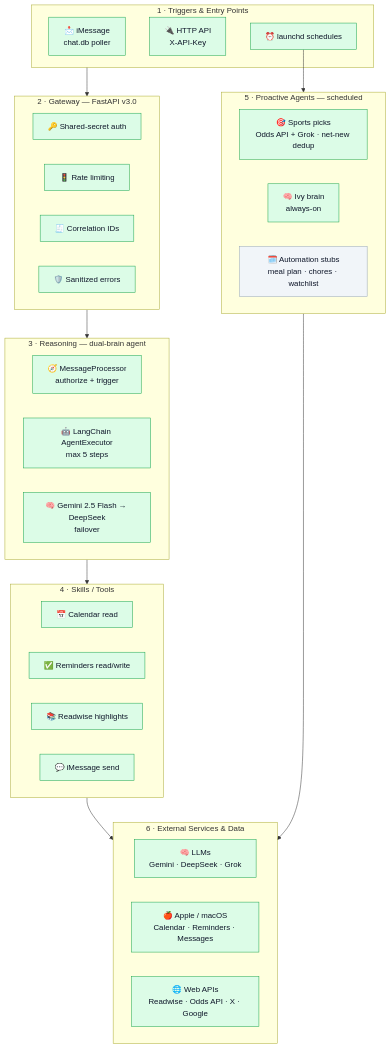
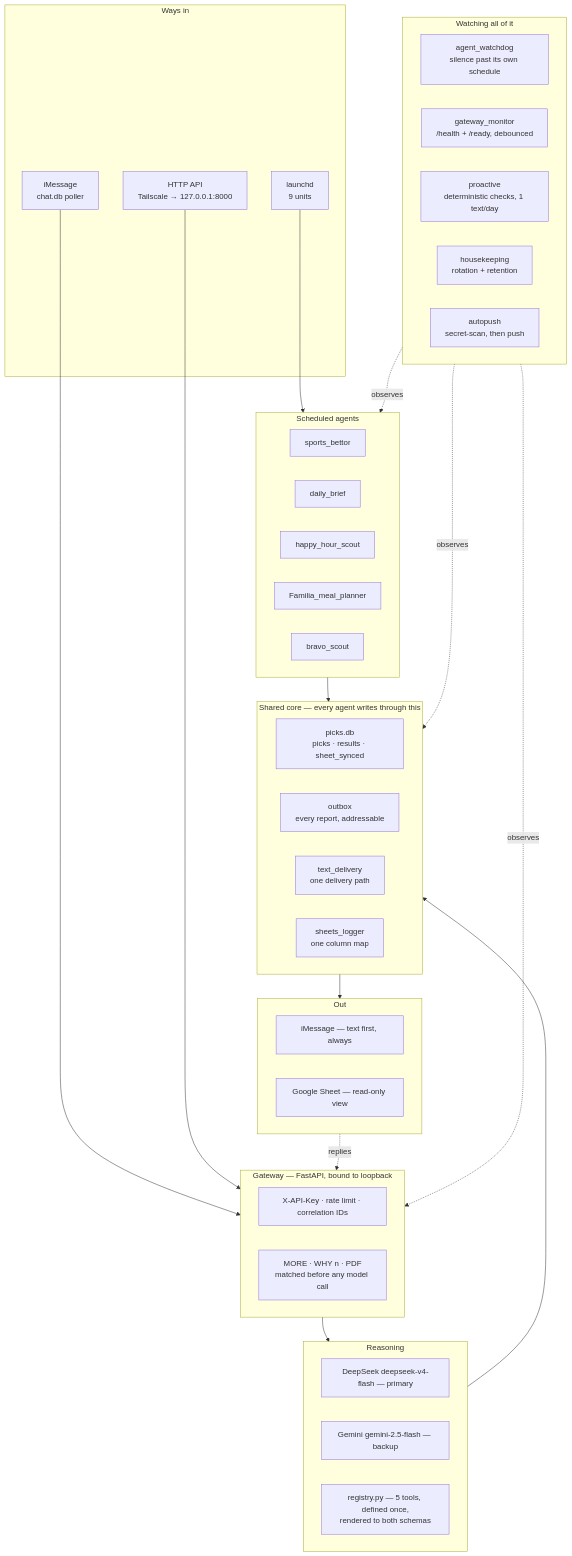
One commit to ivy-admin11/Ivys-Base changed the first of 2 diagrams in ivy_architecture.md. Above: the diagram before and after it, drawn with Mermaid. The commit also changed other lines of this file, not shown here.

````diff
--- a/ivy_architecture.md
+++ b/ivy_architecture.md
@@ -7,47 +10,59 @@
 ```mermaid
 flowchart TD
-  subgraph T["1 · Triggers &amp; Entry Points"]
-    T1["📩 iMessage<br/>chat.db poller"]:::live
-    T2["🔌 HTTP API<br/>X-API-Key"]:::live
-    T3["⏰ launchd schedules"]:::live
+  subgraph IN["Ways in"]
+    I1["iMessage<br/>chat.db poller"]
+    I2["HTTP API<br/>Tailscale → 127.0.0.1:8000"]
+    I3["launchd<br/>9 units"]
   end
 
-  subgraph G["2 · Gateway — FastAPI v3.0"]
-    G1["🔑 Shared-secret auth"]:::live
-    G2["🚦 Rate limiting"]:::live
-    G3["🧾 Correlation IDs"]:::live
-    G4["🛡️ Sanitized errors"]:::live
+  subgraph GW["Gateway — FastAPI, bound to loopback"]
+    G1["X-API-Key · rate limit · correlation IDs"]
+    G2["MORE · WHY n · PDF<br/>matched before any model call"]
   end
 
-  subgraph R["3 · Reasoning — dual-brain agent"]
-    R1["🧭 MessageProcessor<br/>authorize + trigger"]:::live
-    R2["🤖 LangChain AgentExecutor<br/>max 5 steps"]:::live
-    R3["🧠 Gemini 2.5 Flash → DeepSeek<br/>failover"]:::live
+  subgraph BRAIN["Reasoning"]
+    B1["DeepSeek deepseek-v4-flash — primary"]
+    B2["Gemini gemini-2.5-flash — backup"]
+    B3["registry.py — 5 tools, defined once,<br/>rendered to both schemas"]
   end
 
-  subgraph S["4 · Skills / Tools"]
-    S1["📅 Calendar read"]:::live
-    S2["✅ Reminders read/write"]:::live
-    S3["📚 Readwise highlights"]:::live
-    S4["💬 iMessage send"]:::live
+  subgraph AG["Scheduled agents"]
+    A1["sports_bettor"]
+    A2["daily_brief"]
+    A3["happy_hour_scout"]
+    A4["Familia_meal_planner"]
+    A5["bravo_scout"]
   end
 
-  subgraph P["5 · Proactive Agents — scheduled"]
-    P1["🎯 Sports picks<br/>Odds API + Grok · net-new dedup"]:::live
-    P2["🧠 Ivy brain<br/>always-on"]:::live
-    P3["🗓️ Automation stubs<br/>meal plan · chores · watchlist"]:::plan
+  subgraph CORE["Shared core — every agent writes through this"]
+    C1["picks.db<br/>picks · results · sheet_synced"]
+    C2["outbox<br/>every report, addressable"]
+    C3["text_delivery<br/>one delivery path"]
+    C4["sheets_logger<br/>one column map"]
   end
 
-  subgraph X["6 · External Services &amp; Data"]
-    X1["🧠 LLMs<br/>Gemini · DeepSeek · Grok"]:::live
-    X2["🍎 Apple / macOS<br/>Calendar · Reminders · Messages"]:::live
-    X3["🌐 Web APIs<br/>Readwise · Odds API · X · Google"]:::live
+  subgraph OUT["Out"]
+    O1["iMessage — text first, always"]
+    O2["Google Sheet — read-only view"]
   end
 
-  T --> G --> R --> S --> X
-  T3 --> P --> X
+  subgraph WATCH["Watching all of it"]
+    W1["agent_watchdog<br/>silence past its own schedule"]
+    W2["gateway_monitor<br/>/health + /ready, debounced"]
+    W3["proactive<br/>deterministic checks, 1 text/day"]
+    W4["housekeeping<br/>rotation + retention"]
+    W5["autopush<br/>secret-scan, then push"]
+  end
 
-  classDef live fill:#dcfce7,stroke:#16a34a,color:#0f172a;
-  classDef blocked fill:#fee2e2,stroke:#dc2626,color:#0f172a;
-  classDef plan fill:#f1f5f9,stroke:#94a3b8,color:#0f172a;
+  I1 --> GW
+  I2 --> GW
+  GW --> BRAIN
+  BRAIN --> CORE
+  I3 --> AG
+  AG --> CORE
+  CORE --> OUT
+  OUT -.->|"replies"| GW
+  WATCH -.->|"observes"| CORE
+  WATCH -.->|"observes"| AG
+  WATCH -.->|"observes"| GW
 ```
````
